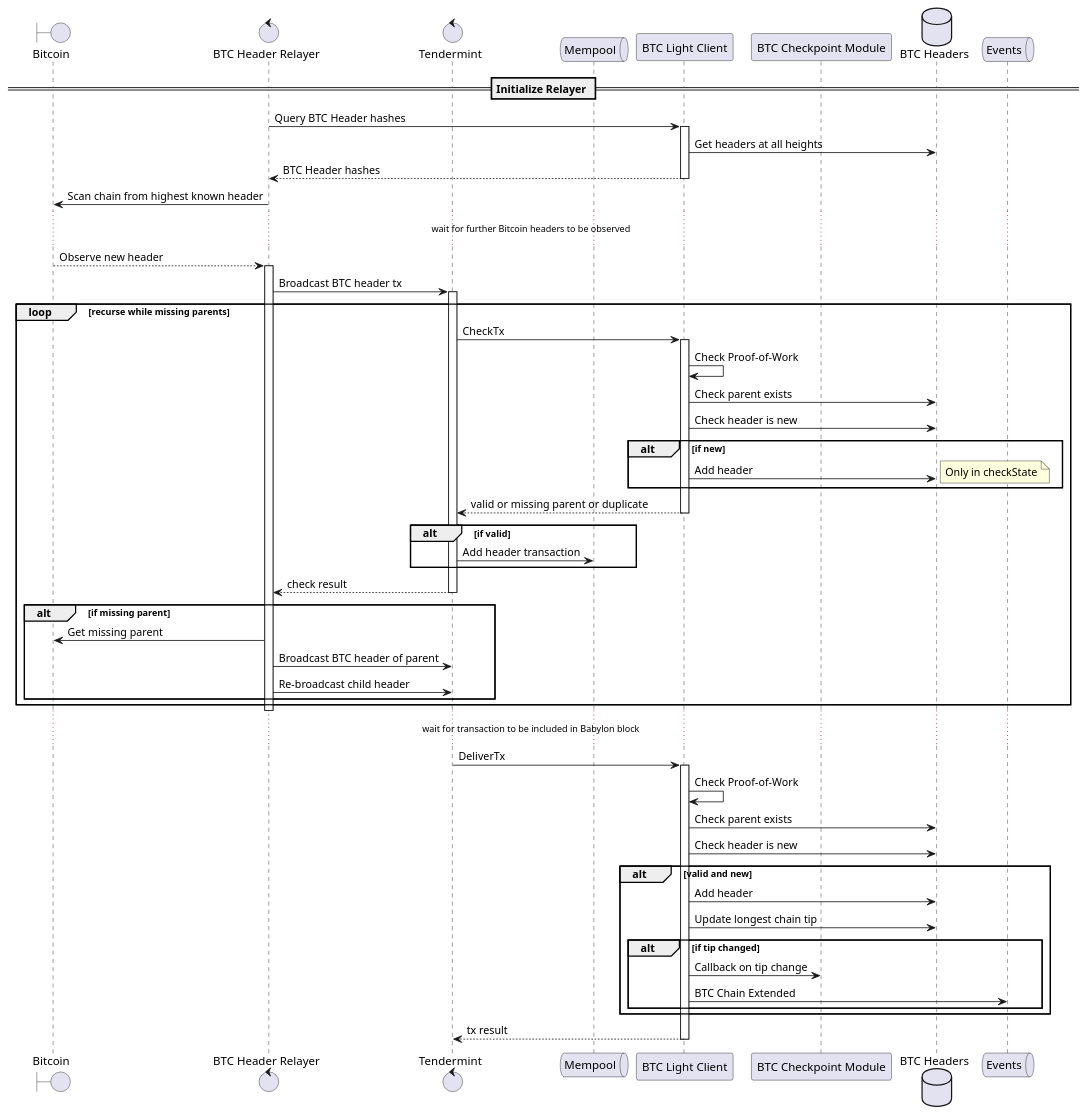
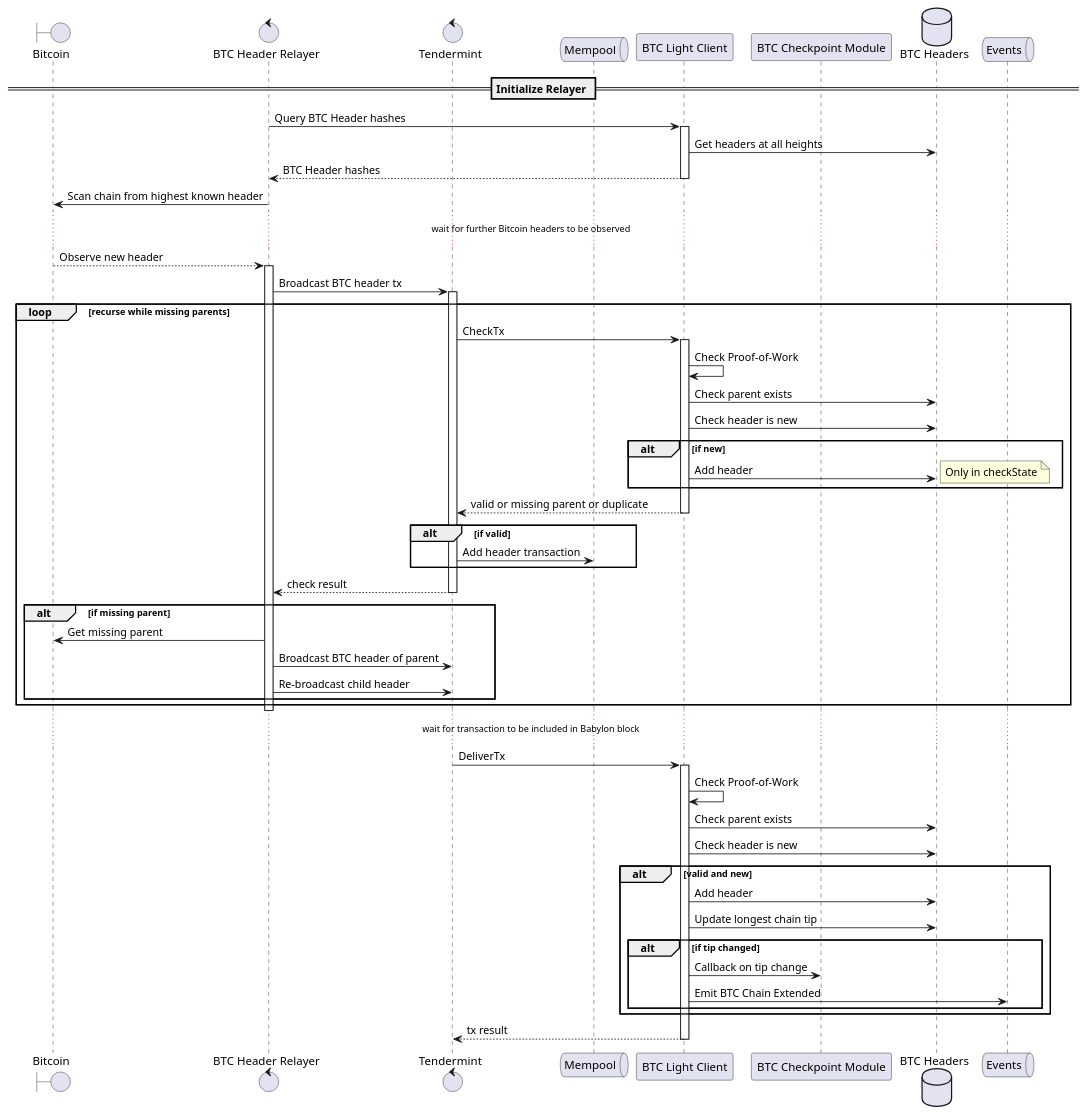
One commit to babylonchain/babylon changed the diagram in docs/diagrams/btc_light_client.puml. Above: the diagram before and after it, drawn with PlantUML. The commit also changed 7 other files, not shown here.

```diff
--- a/docs/diagrams/btc_light_client.puml
+++ b/docs/diagrams/btc_light_client.puml
@@ -1,66 +1,66 @@
 @startuml Submit Checkpoint
 boundary    Bitcoin
 control     "BTC Header Relayer" as relayer
 control     Tendermint
 queue       Mempool
 participant "BTC Light Client"  as btclightclient
 participant "BTC Checkpoint Module" as btccheckpoint
 database    "BTC Headers" as btcheaders
 queue       Events
 
 == Initialize Relayer ==
 
 relayer -> btclightclient ++ : Query BTC Header hashes
 btclightclient -> btcheaders : Get headers at all heights
 return BTC Header hashes
 
 relayer -> Bitcoin : Scan chain from highest known header
 
 ... wait for further Bitcoin headers to be observed ...
 
 Bitcoin --> relayer ++ : Observe new header
 
 relayer -> Tendermint ++ : Broadcast BTC header tx
 
 loop recurse while missing parents
   Tendermint -> btclightclient ++ : CheckTx
   btclightclient -> btclightclient : Check Proof-of-Work
   btclightclient -> btcheaders : Check parent exists
   btclightclient -> btcheaders : Check header is new
   alt if new
     btclightclient -> btcheaders : Add header
     note right
       Only in checkState
     end note
   end
   return valid or missing parent or duplicate
   alt if valid
     Tendermint -> Mempool : Add header transaction
   end
   return check result
 
   alt if missing parent
     relayer -> Bitcoin : Get missing parent
     relayer -> Tendermint : Broadcast BTC header of parent
     relayer -> Tendermint : Re-broadcast child header
   end
 end
 deactivate relayer
 
 ... wait for transaction to be included in Babylon block ...
 
 Tendermint -> btclightclient ++ : DeliverTx
 btclightclient -> btclightclient : Check Proof-of-Work
 btclightclient -> btcheaders : Check parent exists
 btclightclient -> btcheaders : Check header is new
 alt valid and new
   btclightclient -> btcheaders : Add header
   btclightclient -> btcheaders : Update longest chain tip
   alt if tip changed
     btclightclient -> btccheckpoint : Callback on tip change
-    btclightclient -> Events : BTC Chain Extended
+    btclightclient -> Events : Emit BTC Chain Extended
   end
 end
 return tx result
 
 @enduml
```
